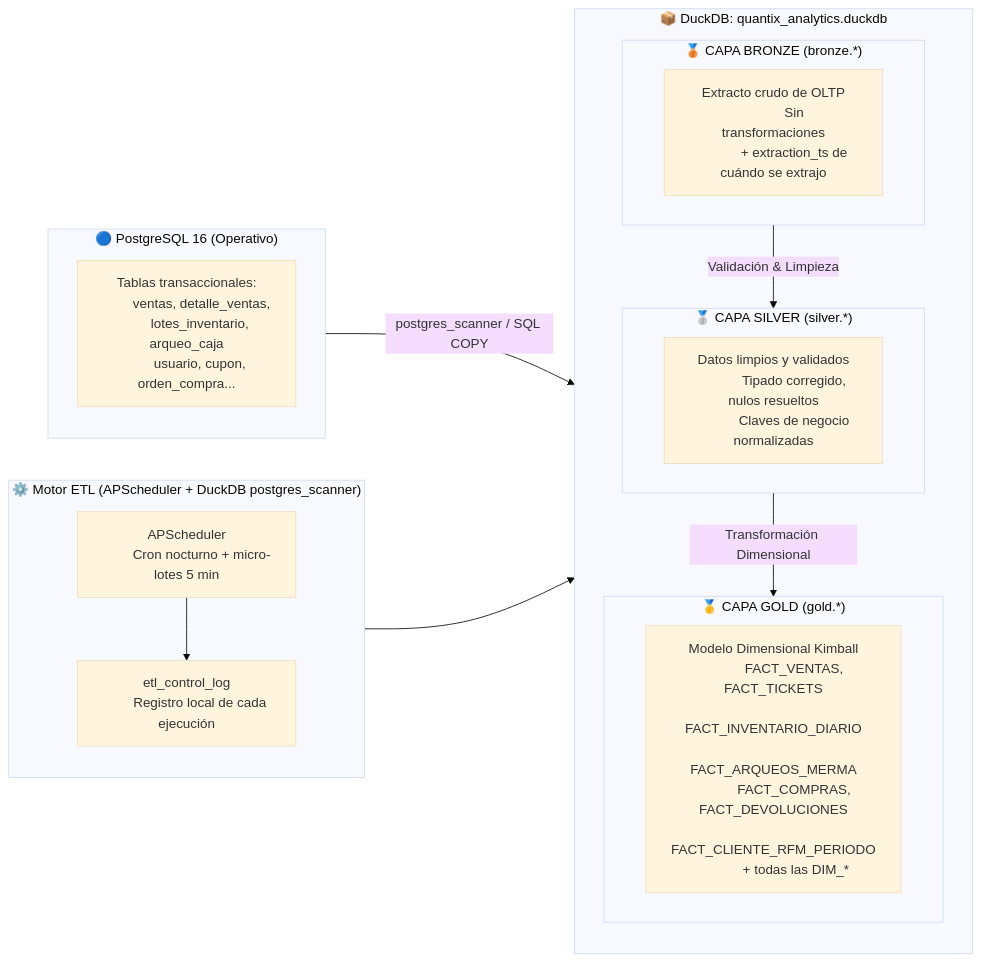
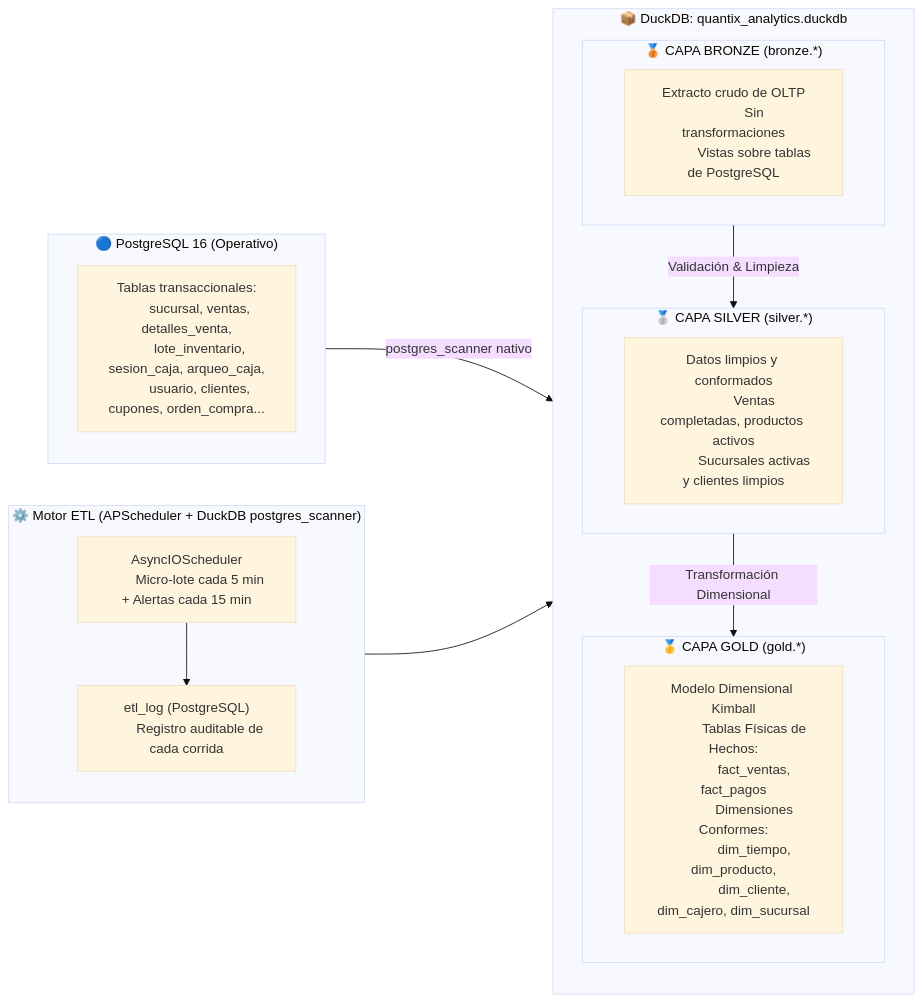
Before and after one commit to khrizzcoronel/Quantix: the diagram in docs/arquitectura/etl_medallion_architecture.md, drawn with Mermaid (base theme). The commit also changed other lines of this file and 110 other files, not shown here.

````diff
--- a/docs/arquitectura/etl_medallion_architecture.md
+++ b/docs/arquitectura/etl_medallion_architecture.md
@@ -14,49 +14,48 @@
 ```mermaid
 flowchart LR
     subgraph OLTP ["🔵 PostgreSQL 16 (Operativo)"]
         PG["Tablas transaccionales:
-        ventas, detalle_ventas,
-        lotes_inventario, arqueo_caja
-        usuario, cupon, orden_compra..."]
+        sucursal, ventas, detalles_venta,
+        lote_inventario, sesion_caja, arqueo_caja,
+        usuario, clientes, cupones, orden_compra..."]
     end
 
     subgraph ETL_ENGINE ["⚙️ Motor ETL (APScheduler + DuckDB postgres_scanner)"]
-        SCHED["APScheduler
-        Cron nocturno + micro-lotes 5 min"]
-        CTRL["etl_control_log
-        Registro local de cada ejecución"]
+        SCHED["AsyncIOScheduler
+        Micro-lote cada 5 min + Alertas cada 15 min"]
+        CTRL["etl_log (PostgreSQL)
+        Registro auditable de cada corrida"]
         SCHED --> CTRL
     end
 
     subgraph DUCKDB ["📦 DuckDB: quantix_analytics.duckdb"]
         direction TB
 
         subgraph BRONZE ["🥉 CAPA BRONZE (bronze.*)"]
             B1["Extracto crudo de OLTP
             Sin transformaciones
-            + extraction_ts de cuándo se extrajo"]
+            Vistas sobre tablas de PostgreSQL"]
         end
 
         subgraph SILVER ["🥈 CAPA SILVER (silver.*)"]
-            S1["Datos limpios y validados
-            Tipado corregido, nulos resueltos
-            Claves de negocio normalizadas"]
+            S1["Datos limpios y conformados
+            Ventas completadas, productos activos
+            Sucursales activas y clientes limpios"]
         end
 
         subgraph GOLD ["🥇 CAPA GOLD (gold.*)"]
             G1["Modelo Dimensional Kimball
-            FACT_VENTAS, FACT_TICKETS
-            FACT_INVENTARIO_DIARIO
-            FACT_ARQUEOS_MERMA
-            FACT_COMPRAS, FACT_DEVOLUCIONES
-            FACT_CLIENTE_RFM_PERIODO
-            + todas las DIM_*"]
+            Tablas Físicas de Hechos:
+            fact_ventas, fact_pagos
+            Dimensiones Conformes:
+            dim_tiempo, dim_producto,
+            dim_cliente, dim_cajero, dim_sucursal"]
         end
 
         BRONZE -->|Validación & Limpieza| SILVER
         SILVER -->|Transformación Dimensional| GOLD
     end
 
-    OLTP -->|postgres_scanner / SQL COPY| BRONZE
+    OLTP -->|postgres_scanner nativo| BRONZE
     ETL_ENGINE --> DUCKDB
 ```
````
